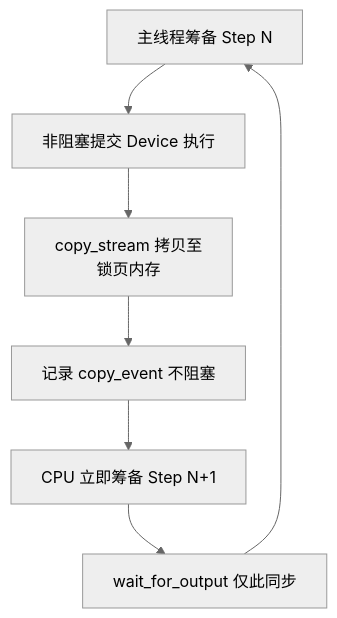
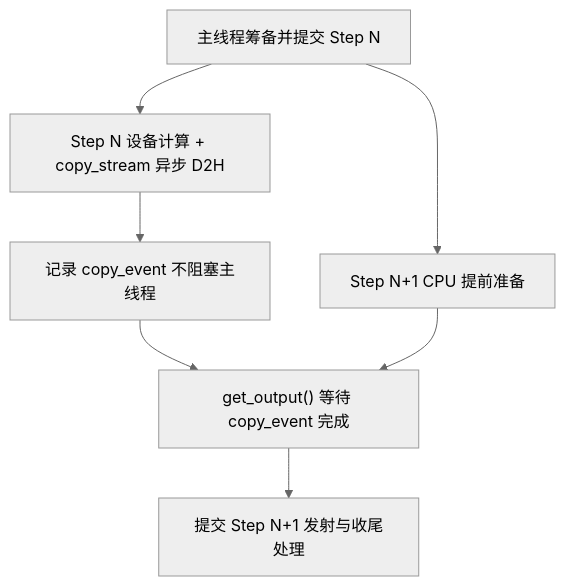
The diagram in src/content/posts/vllm/02-async-execution-and-launch-wall/index.mdx (xingcanlee/infra-note), drawn with Mermaid (neutral theme) before and after one commit. The commit also changed other lines of this file and 100 other files, not shown here.

Commit message:
docs: refine prose style, industry terminology, explainers, and diagrams across all series

````diff
--- a/src/content/posts/vllm/02-async-execution-and-launch-wall/index.mdx
+++ b/src/content/posts/vllm/02-async-execution-and-launch-wall/index.mdx
@@ -41,9 +69,9 @@
 ```mermaid caption="图 3：Async Scheduling 两阶段流水与延迟兑现"
 flowchart TD
-    P1["主线程筹备 Step N"] --> L1["非阻塞提交 Device 执行"]
-    L1 --> C1["copy_stream 拷贝至<br/>锁页内存"]
-    C1 --> E1["记录 copy_event 不阻塞"]
-    E1 --> P2["CPU 立即筹备 Step N+1"]
-    P2 --> W1["wait_for_output 仅此同步"]
-    W1 --> P1
+    P1["主线程筹备并提交 Step N"] --> D1["Step N 设备计算 + copy_stream 异步 D2H"]
+    P1 --> P2["Step N+1 CPU 提前准备"]
+    D1 --> E1["记录 copy_event 不阻塞主线程"]
+    E1 --> W1["get_output() 等待 copy_event 完成"]
+    P2 --> W1
+    W1 --> L2["提交 Step N+1 发射与收尾处理"]
 ```
````
